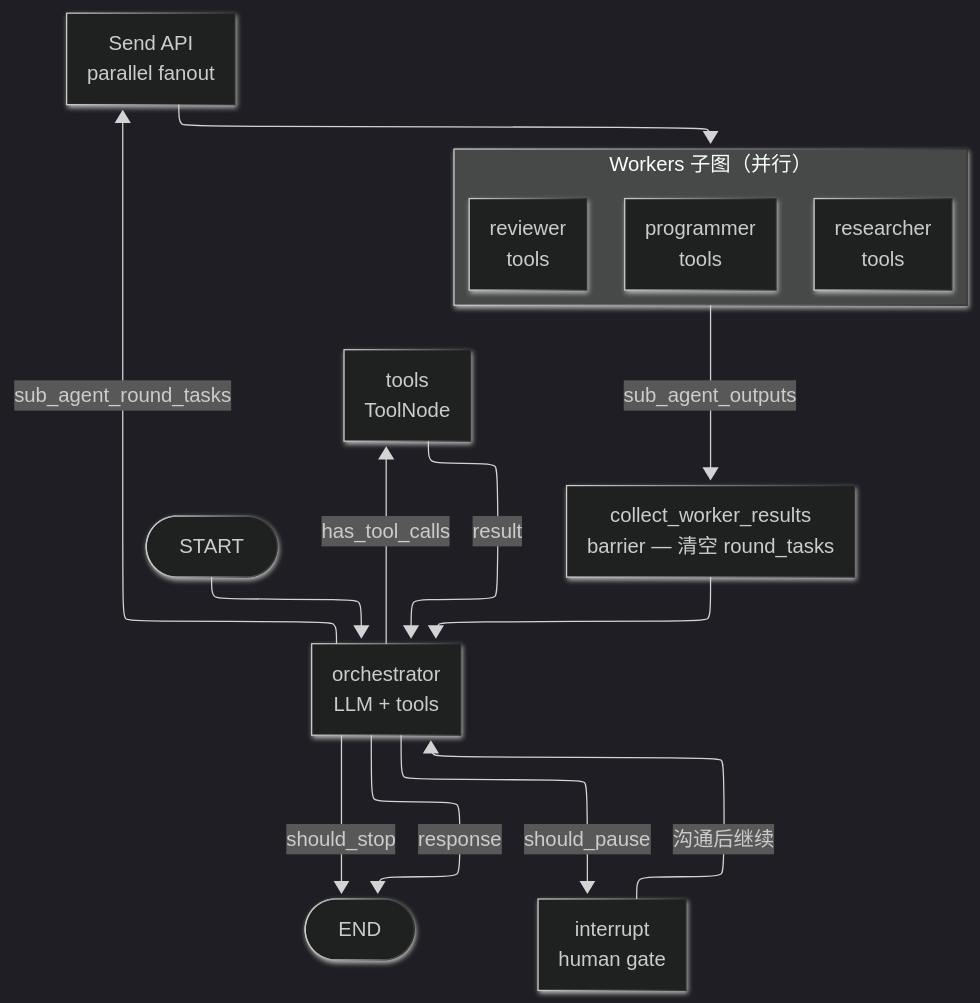
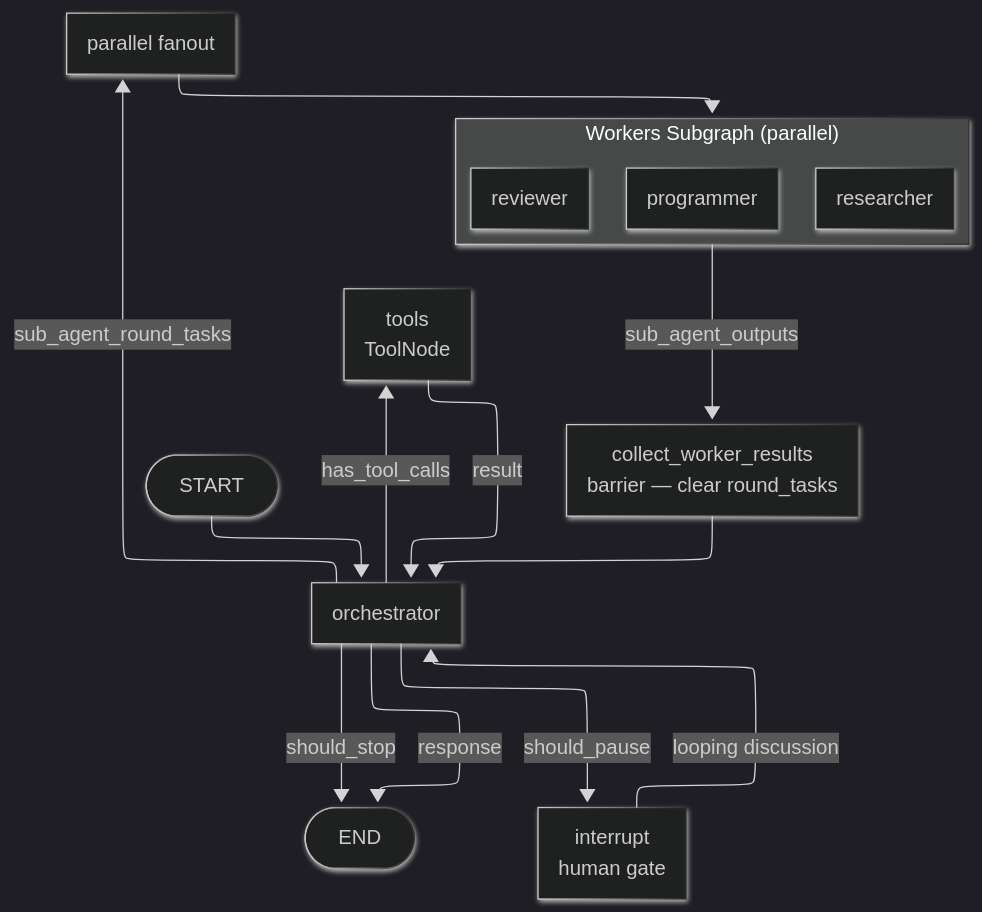
Before and after one commit to sz381/multi_agent_orchestration_v0.0.2: the first of 3 diagrams in architecture.md, drawn with Mermaid. The commit also changed other lines of this file and 29 other files, not shown here.

````diff
--- a/architecture.md
+++ b/architecture.md
@@ -3,31 +4,33 @@
 ```mermaid
 ---
 config:
   theme: dark
   look: neo
   layout: elk
 ---
 graph TD
     Start([START]) --> Orchestrator
 
-    Orchestrator["orchestrator<br/>LLM + tools"]
+    Orchestrator["orchestrator<br/>"]
 
     Orchestrator -->|"should_stop"| End([END])
     Orchestrator -->|"should_pause"| Interrupt["interrupt<br/>human gate"]
     Orchestrator -->|"response"| End
     Orchestrator -->|"has_tool_calls"| Tools["tools<br/>ToolNode"]
-    Orchestrator -->|"sub_agent_round_tasks"| Send["Send API<br/>parallel fanout"]
+    Orchestrator -->|"sub_agent_round_tasks"| Send["parallel fanout"]
 
     Tools -->|result| Orchestrator
-    Interrupt -->|"沟通后继续"| Orchestrator
+    Interrupt -->|"looping discussion"| Orchestrator
 
-    subgraph Workers["Workers 子图（并行）"]
-        PG["programmer<br/>tools"]
-        RS["researcher<br/>tools"]
-        RV["reviewer<br/>tools"]
+    subgraph Workers["Workers Subgraph (parallel)"]
+        PG["programmer"]
+        RS["researcher"]
+        RV["reviewer"]
     end
 
     Send --> Workers
-    Workers -->|sub_agent_outputs| Collect["collect_worker_results<br/>barrier — 清空 round_tasks"]
+    Workers -->|sub_agent_outputs| Collect["collect_worker_results<br/>barrier — clear round_tasks"]
     Collect --> Orchestrator
+
+    style Tools stroke-width:1px
 ```
````
